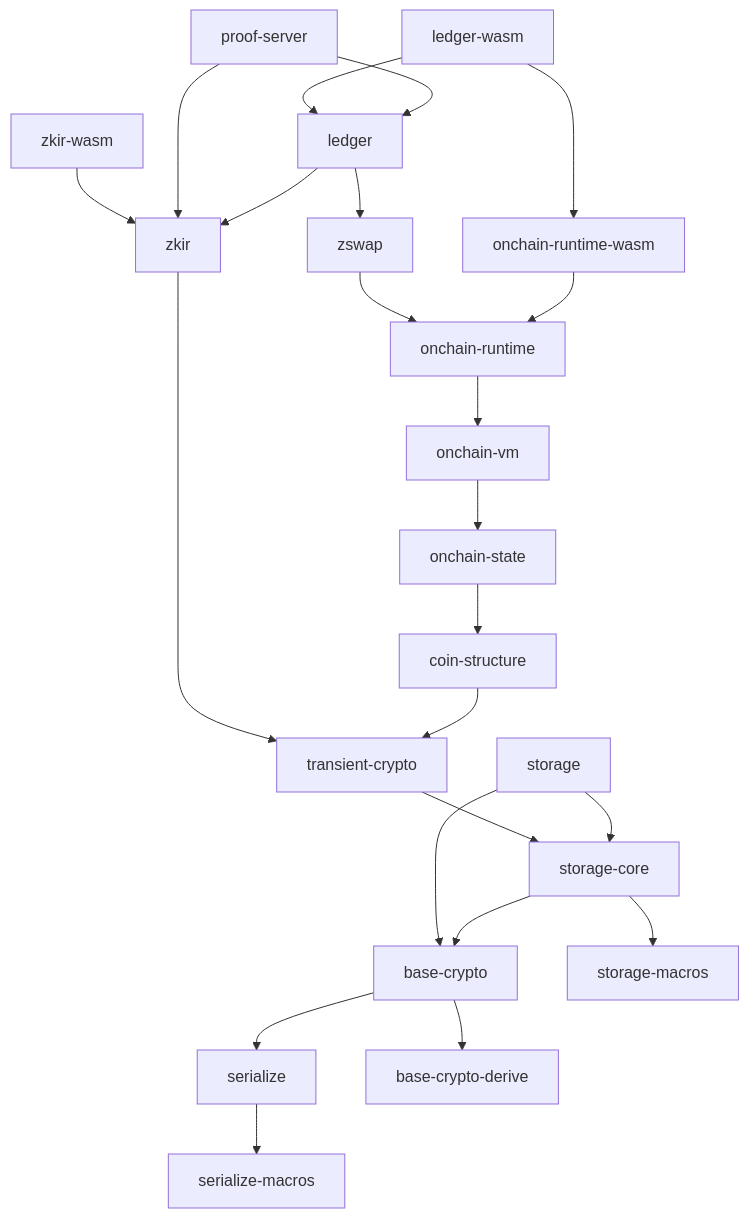
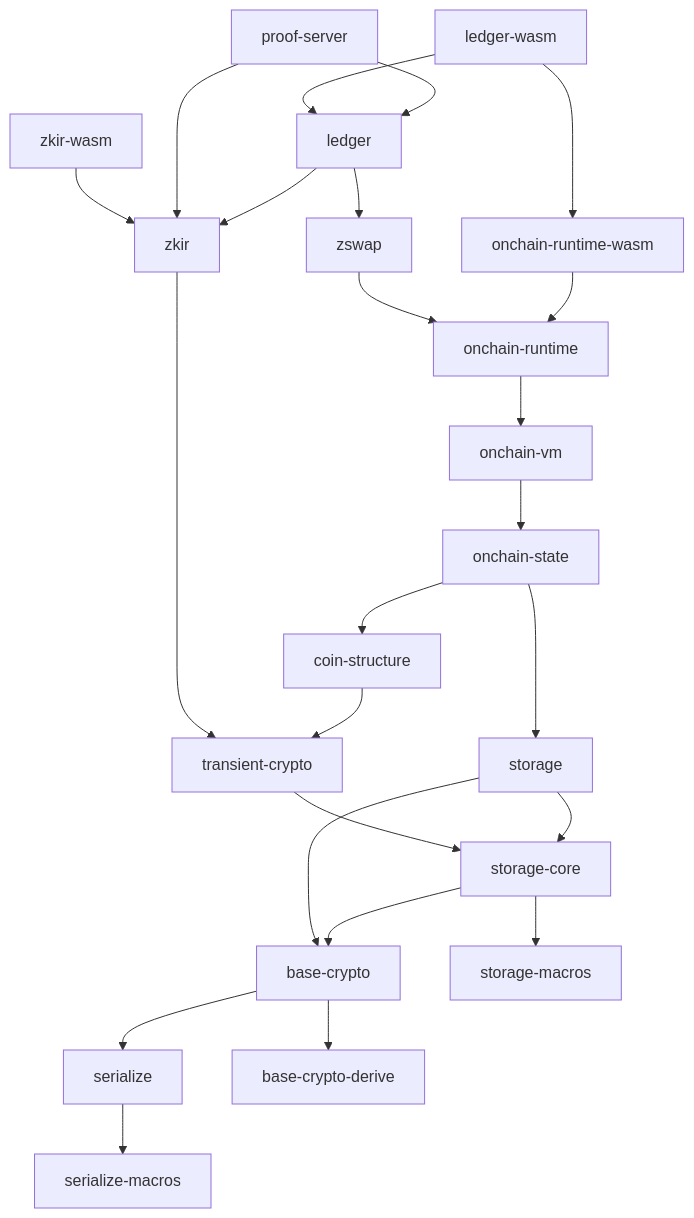
One commit to midnightntwrk/midnight-ledger changed the diagram in README.md. Above: the diagram before and after it, drawn with Mermaid. The commit also changed 3 other files, not shown here.

````diff
--- a/README.md
+++ b/README.md
@@ -83,25 +83,26 @@
 ```mermaid
 graph TD;
     ledger-wasm-->ledger;
     ledger-wasm-->onchain-runtime-wasm;
     zkir-wasm-->zkir;
     proof-server-->ledger;
     proof-server-->zkir;
     ledger-->zswap;
     ledger-->zkir;
     zswap-->onchain-runtime;
     zkir-->transient-crypto;
     onchain-runtime-wasm-->onchain-runtime;
     onchain-runtime-->onchain-vm;
     onchain-vm-->onchain-state;
     onchain-state-->coin-structure;
+    onchain-state-->storage;
     coin-structure-->transient-crypto;
     transient-crypto-->storage-core;
     storage-->base-crypto;
     storage-->storage-core;
     storage-core-->base-crypto;
     storage-core-->storage-macros;
     base-crypto-->serialize;
     base-crypto-->base-crypto-derive;
     serialize-->serialize-macros;
 ```
````
